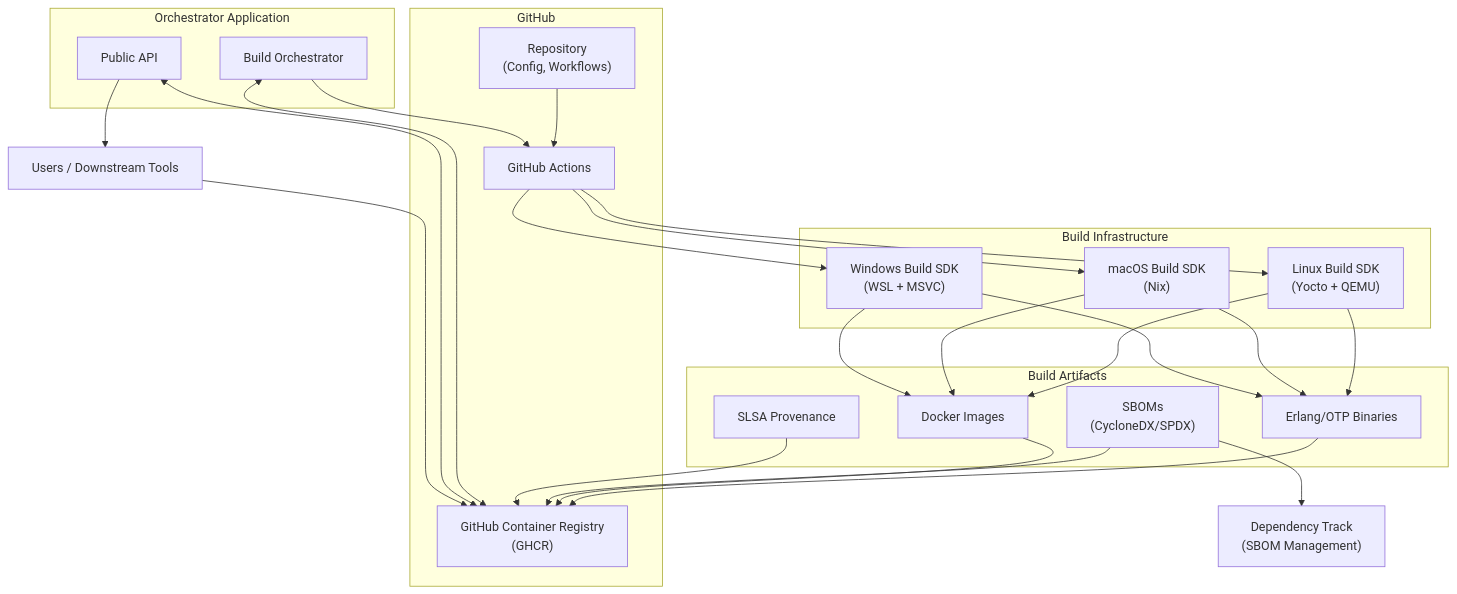
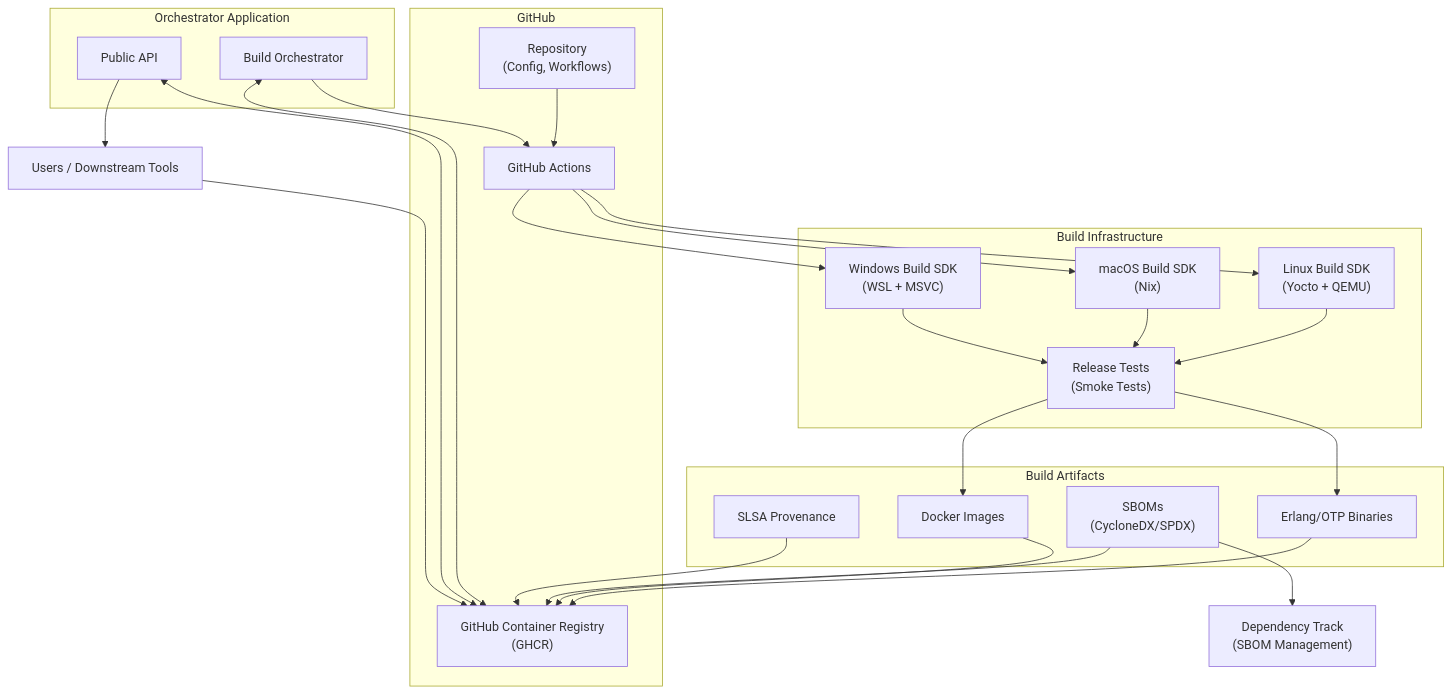
Before and after one commit to erlef/erlang-build: the first of 3 diagrams in README.md, drawn with Mermaid. The commit also changed other lines of this file, not shown here.

Commit message:
Add Release Testing Info

````diff
--- a/README.md
+++ b/README.md
@@ -159,43 +168,45 @@
 ```mermaid
 flowchart TB
     subgraph GitHub["GitHub"]
         Repo["Repository<br/>(Config, Workflows)"]
         Actions["GitHub Actions"]
         GHCR["GitHub Container Registry<br/>(GHCR)"]
     end
 
     subgraph Orchestrator["Orchestrator Application"]
         BuildOrch["Build Orchestrator"]
         API["Public API"]
     end
 
     subgraph BuildInfra["Build Infrastructure"]
         Linux["Linux Build SDK<br/>(Yocto + QEMU)"]
         macOS["macOS Build SDK<br/>(Nix)"]
         Windows["Windows Build SDK<br/>(WSL + MSVC)"]
+        Tests["Release Tests<br/>(Smoke Tests)"]
     end
 
     subgraph Artifacts["Build Artifacts"]
         Binaries["Erlang/OTP Binaries"]
         Docker["Docker Images"]
         SBOM["SBOMs<br/>(CycloneDX/SPDX)"]
         SLSA["SLSA Provenance"]
     end
 
     DT["Dependency Track<br/>(SBOM Management)"]
     Users["Users / Downstream Tools"]
 
     Repo --> Actions
     Actions --> Linux & macOS & Windows
-    Linux & macOS & Windows --> Binaries & Docker
+    Linux & macOS & Windows --> Tests
+    Tests --> Binaries & Docker
     Binaries --> GHCR
     Docker --> GHCR
     SBOM --> GHCR
     SLSA --> GHCR
     SBOM --> DT
     BuildOrch --> Actions
     BuildOrch <--> GHCR
     API <--> GHCR
     API --> Users
     Users --> GHCR
 ```
````
